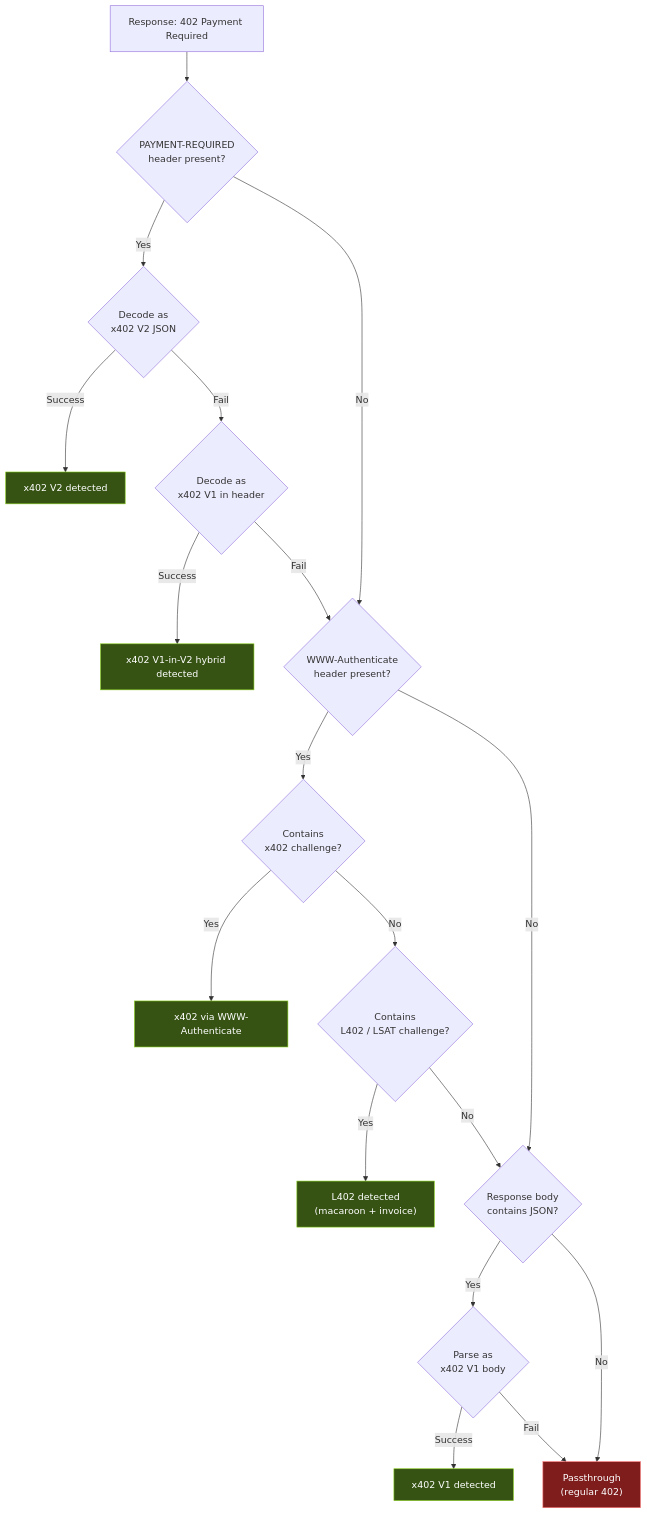
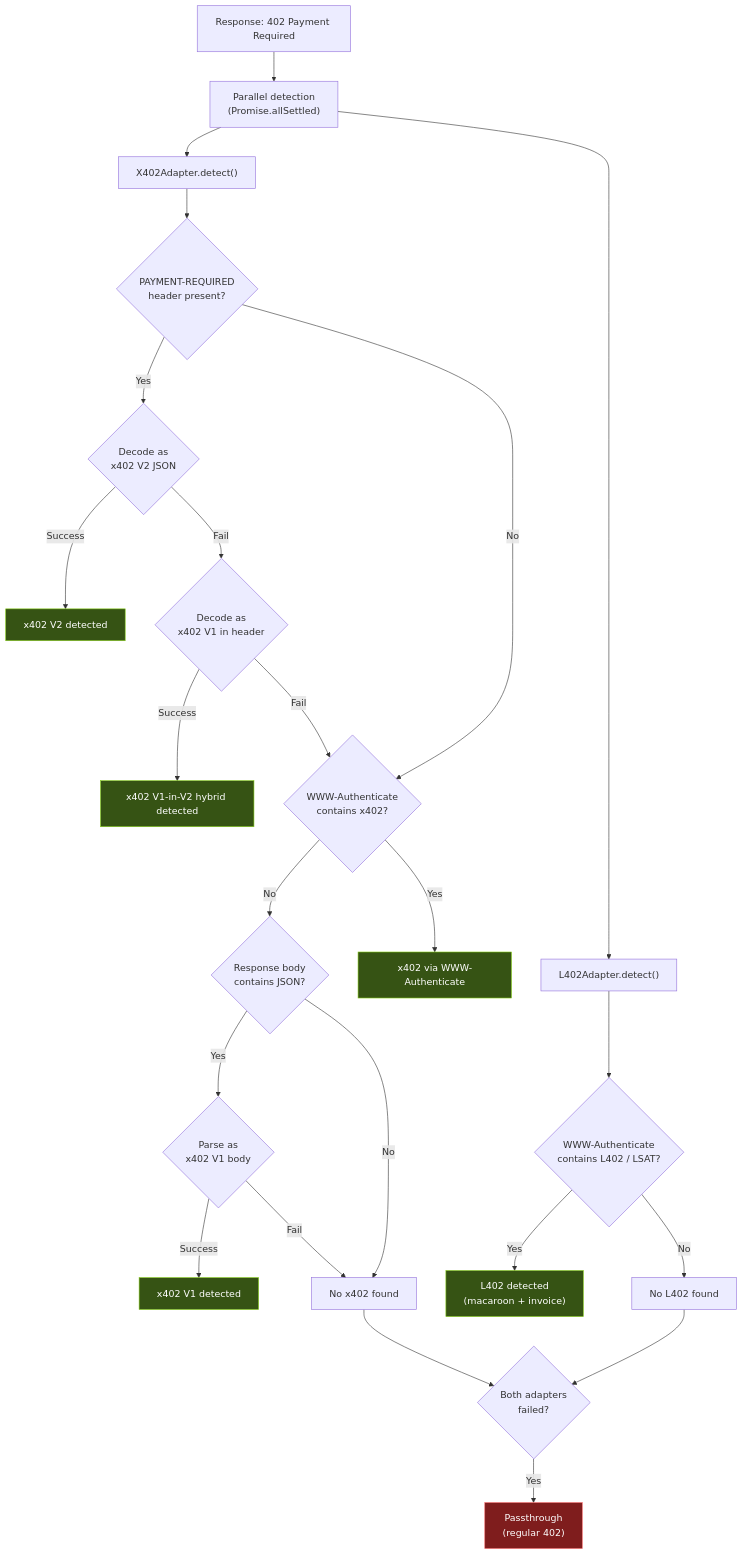
The diagram in apps/docs-mintlify/concepts/protocol-detection.mdx (leventilo/boltzpay), drawn with Mermaid before and after one commit. The commit also changed other lines of this file and 2 other files, not shown here.

Commit message:
fix(build): align docs schemas

````diff
--- a/apps/docs-mintlify/concepts/protocol-detection.mdx
+++ b/apps/docs-mintlify/concepts/protocol-detection.mdx
@@ -10,33 +10,41 @@
 ```mermaid
 flowchart TD
-    Start["Response: 402 Payment Required"] --> H1{"PAYMENT-REQUIRED<br/>header present?"}
+    Start["Response: 402 Payment Required"] --> Par["Parallel detection<br/>(Promise.allSettled)"]
+
+    Par --> X402["X402Adapter.detect()"]
+    Par --> L402A["L402Adapter.detect()"]
+
+    X402 --> H1{"PAYMENT-REQUIRED<br/>header present?"}
 
     H1 -- Yes --> V2{"Decode as<br/>x402 V2 JSON"}
     V2 -- Success --> Done["x402 V2 detected"]
     V2 -- Fail --> V1H{"Decode as<br/>x402 V1 in header"}
     V1H -- Success --> Hybrid["x402 V1-in-V2 hybrid detected"]
     V1H -- Fail --> WWW
 
-    H1 -- No --> WWW{"WWW-Authenticate<br/>header present?"}
-
-    WWW -- Yes --> X402C{"Contains<br/>x402 challenge?"}
-    X402C -- Yes --> WWWx402["x402 via WWW-Authenticate"]
-    X402C -- No --> L402C{"Contains<br/>L402 / LSAT challenge?"}
-    L402C -- Yes --> L402["L402 detected<br/>(macaroon + invoice)"]
-    L402C -- No --> Body
-
+    H1 -- No --> WWW{"WWW-Authenticate<br/>contains x402?"}
+    WWW -- Yes --> WWWx402["x402 via WWW-Authenticate"]
     WWW -- No --> Body{"Response body<br/>contains JSON?"}
 
     Body -- Yes --> V1B{"Parse as<br/>x402 V1 body"}
     V1B -- Success --> V1["x402 V1 detected"]
-    V1B -- Fail --> Pass["Passthrough<br/>(regular 402)"]
+    V1B -- Fail --> X402Fail["No x402 found"]
 
-    Body -- No --> Pass
+    Body -- No --> X402Fail
+
+    L402A --> L402WWW{"WWW-Authenticate<br/>contains L402 / LSAT?"}
+    L402WWW -- Yes --> L402Done["L402 detected<br/>(macaroon + invoice)"]
+    L402WWW -- No --> L402Fail["No L402 found"]
+
+    X402Fail --> Pass
+    L402Fail --> Pass
+    Pass{"Both adapters<br/>failed?"}
+    Pass -- Yes --> Passthrough["Passthrough<br/>(regular 402)"]
 
     style Done fill:#365314,stroke:#84cc16,color:#fff
     style Hybrid fill:#365314,stroke:#84cc16,color:#fff
     style WWWx402 fill:#365314,stroke:#84cc16,color:#fff
-    style L402 fill:#365314,stroke:#84cc16,color:#fff
+    style L402Done fill:#365314,stroke:#84cc16,color:#fff
     style V1 fill:#365314,stroke:#84cc16,color:#fff
-    style Pass fill:#7f1d1d,stroke:#f87171,color:#fff
+    style Passthrough fill:#7f1d1d,stroke:#f87171,color:#fff
 ```
````
